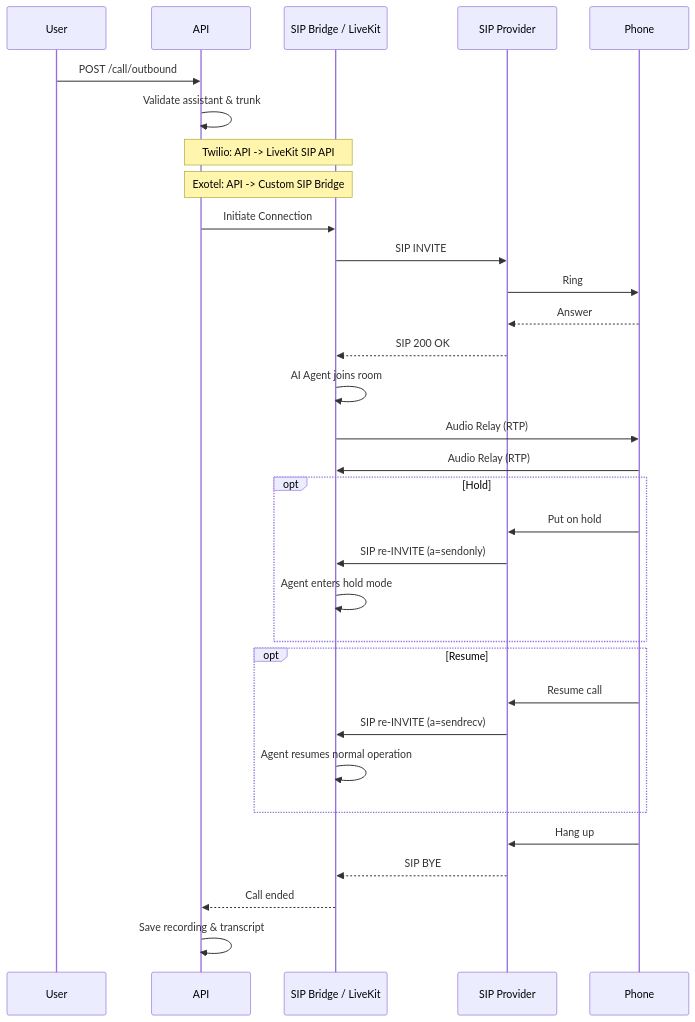
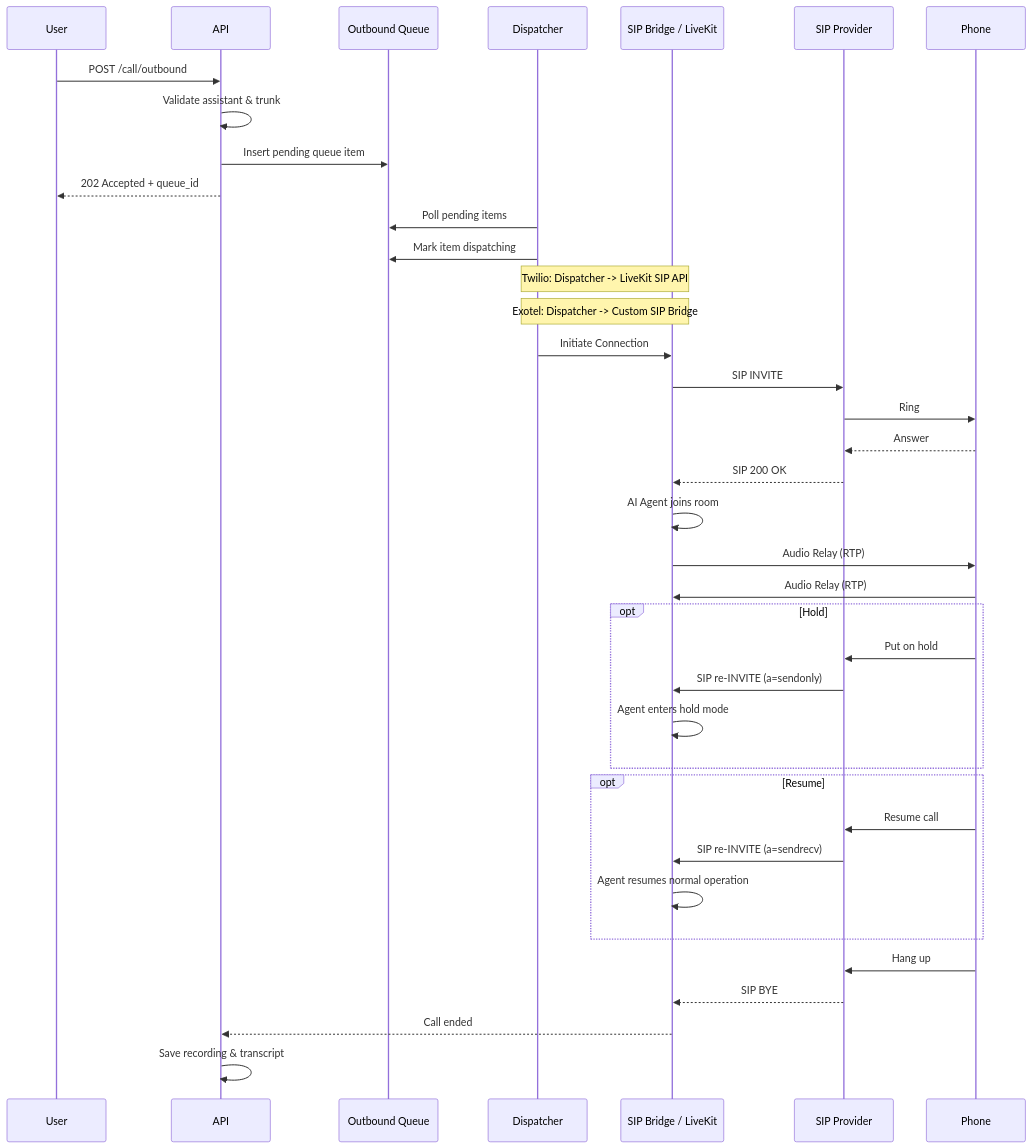
The second of 2 diagrams in docs/api/calls/flow.md (ShubhamX-AI/api_livekit), drawn with Mermaid before and after one commit. The commit also changed other lines of this file and 16 other files, not shown here.

First line of the commit message:
feat: queue outbound call dispatch and document the new async flow

````diff
--- a/docs/api/calls/flow.md
+++ b/docs/api/calls/flow.md
@@ -81,35 +99,41 @@
 ```mermaid
 sequenceDiagram
     participant User
     participant API
+    participant Queue as Outbound Queue
+    participant Dispatcher
     participant Bridge as SIP Bridge / LiveKit
     participant Provider as SIP Provider
     participant Phone
 
     User->>API: POST /call/outbound
     API->>API: Validate assistant & trunk
-    Note over API,Bridge: Twilio: API -> LiveKit SIP API
-    Note over API,Bridge: Exotel: API -> Custom SIP Bridge
-    API->>Bridge: Initiate Connection
+    API->>Queue: Insert pending queue item
+    API-->>User: 202 Accepted + queue_id
+    Dispatcher->>Queue: Poll pending items
+    Dispatcher->>Queue: Mark item dispatching
+    Note over Dispatcher,Bridge: Twilio: Dispatcher -> LiveKit SIP API
+    Note over Dispatcher,Bridge: Exotel: Dispatcher -> Custom SIP Bridge
+    Dispatcher->>Bridge: Initiate Connection
     Bridge->>Provider: SIP INVITE
     Provider->>Phone: Ring
     Phone-->>Provider: Answer
     Provider-->>Bridge: SIP 200 OK
     Bridge->>Bridge: AI Agent joins room
     Bridge->>Phone: Audio Relay (RTP)
     Phone->>Bridge: Audio Relay (RTP)
     opt Hold
         Phone->>Provider: Put on hold
         Provider->>Bridge: SIP re-INVITE (a=sendonly)
         Bridge->>Bridge: Agent enters hold mode
     end
     opt Resume
         Phone->>Provider: Resume call
         Provider->>Bridge: SIP re-INVITE (a=sendrecv)
         Bridge->>Bridge: Agent resumes normal operation
     end
     Phone->>Provider: Hang up
     Provider-->>Bridge: SIP BYE
     Bridge-->>API: Call ended
     API->>API: Save recording & transcript
 ```
````
